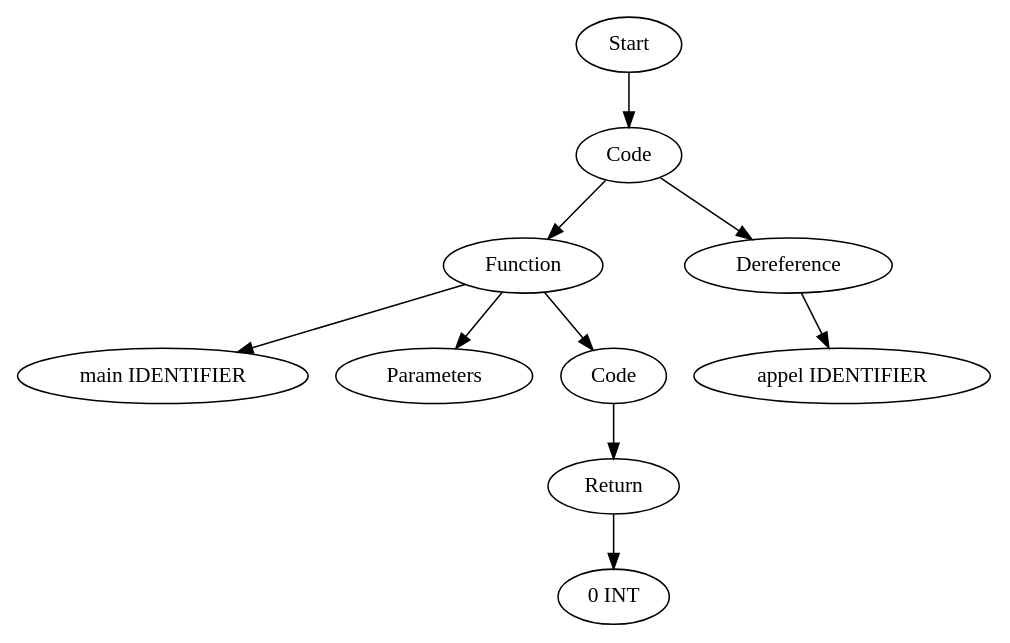
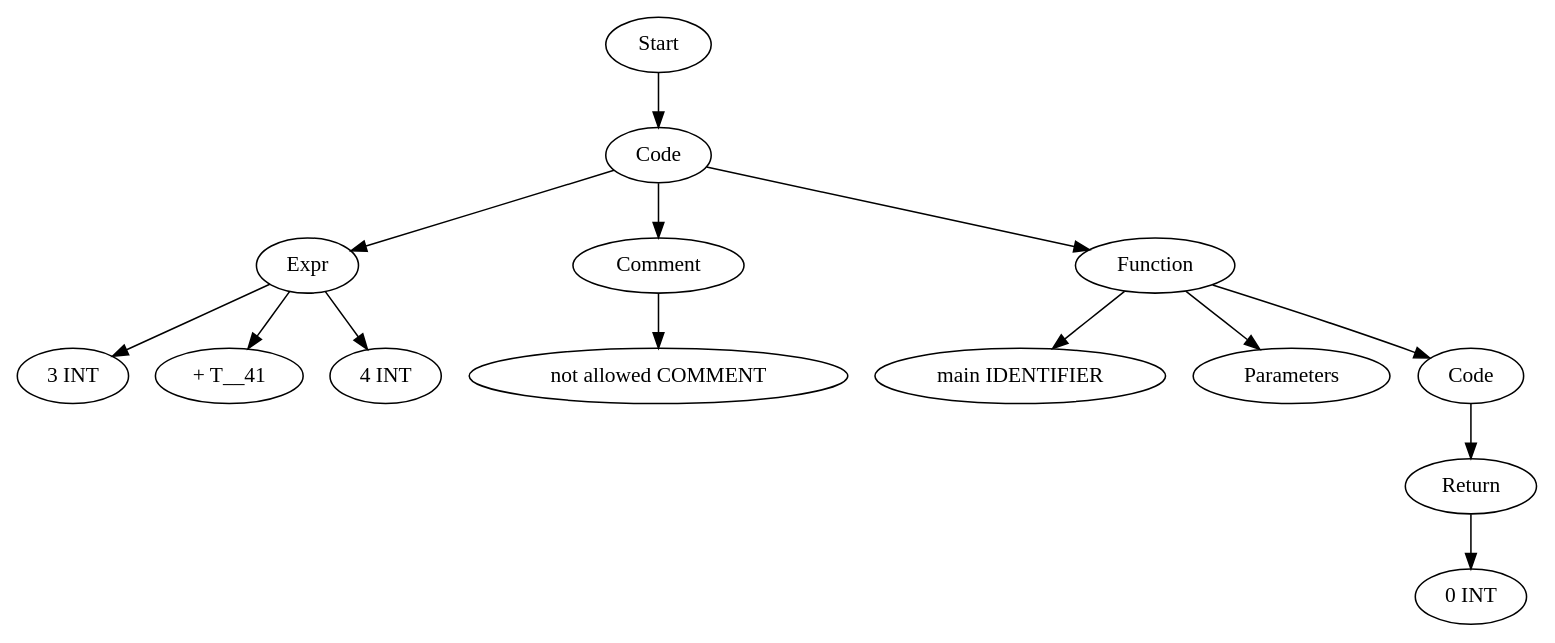
Before and after one commit to Are-you-listening/Compilers: the diagram in TestCases/ASTTests/ConstraintsTests/createTests/read_file_before.dot, drawn with Graphviz. The commit also changed 340 other files, not shown here.

```diff
--- a/TestCases/ASTTests/ConstraintsTests/createTests/read_file_before.dot
+++ b/TestCases/ASTTests/ConstraintsTests/createTests/read_file_before.dot
@@ -1,21 +1,29 @@
 digraph AST {
-  "125890081204608" [label="Start"];
-  "125890081204608" -> "125890081198944";
-  "125890081198944" [label="Code"];
-  "125890081198944" -> "125890081195728";
-  "125890081198944" -> "125890081381328";
-  "125890081195728" [label="Function"];
-  "125890081195728" -> "125890081195584";
-  "125890081195728" -> "125890081199664";
-  "125890081195728" -> "125890081381904";
-  "125890081195584" [label="main IDENTIFIER"];
-  "125890081199664" [label="Parameters"];
-  "125890081381904" [label="Code"];
-  "125890081381904" -> "125890081381712";
-  "125890081381712" [label="Return"];
-  "125890081381712" -> "125890081375520";
-  "125890081375520" [label="0 INT"];
-  "125890081381328" [label="Dereference"];
-  "125890081381328" -> "125890081378688";
-  "125890081378688" [label="appel IDENTIFIER"];
+  "133971985536336" [label="Start"];
+  "133971985536336" -> "133971985545312";
+  "133971985545312" [label="Code"];
+  "133971985545312" -> "133971985542192";
+  "133971985545312" -> "133971985542912";
+  "133971985545312" -> "133971985536096";
+  "133971985542192" [label="Expr"];
+  "133971985542192" -> "133971985544592";
+  "133971985542192" -> "133971985538736";
+  "133971985542192" -> "133971985534512";
+  "133971985544592" [label="3 INT"];
+  "133971985538736" [label="+ T__41"];
+  "133971985534512" [label="4 INT"];
+  "133971985542912" [label="Comment"];
+  "133971985542912" -> "133971988250496";
+  "133971988250496" [label=" not allowed COMMENT"];
+  "133971985536096" [label="Function"];
+  "133971985536096" -> "133971987128848";
+  "133971985536096" -> "133971985545120";
+  "133971985536096" -> "133971985532496";
+  "133971987128848" [label="main IDENTIFIER"];
+  "133971985545120" [label="Parameters"];
+  "133971985532496" [label="Code"];
+  "133971985532496" -> "133971985538160";
+  "133971985538160" [label="Return"];
+  "133971985538160" -> "133971985541664";
+  "133971985541664" [label="0 INT"];
 }
```
